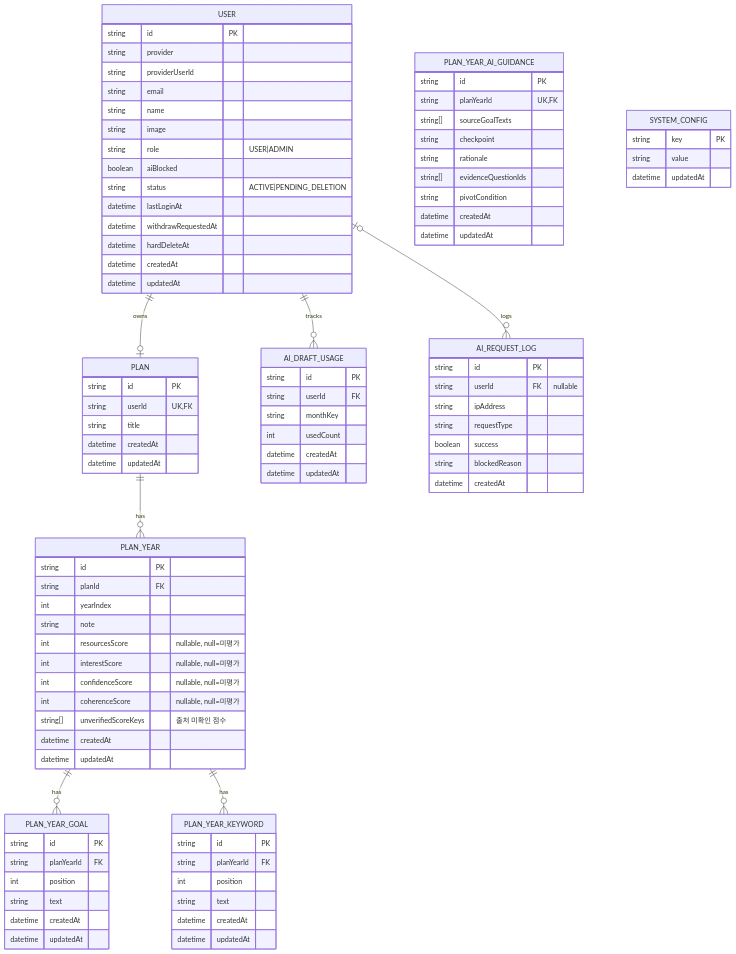
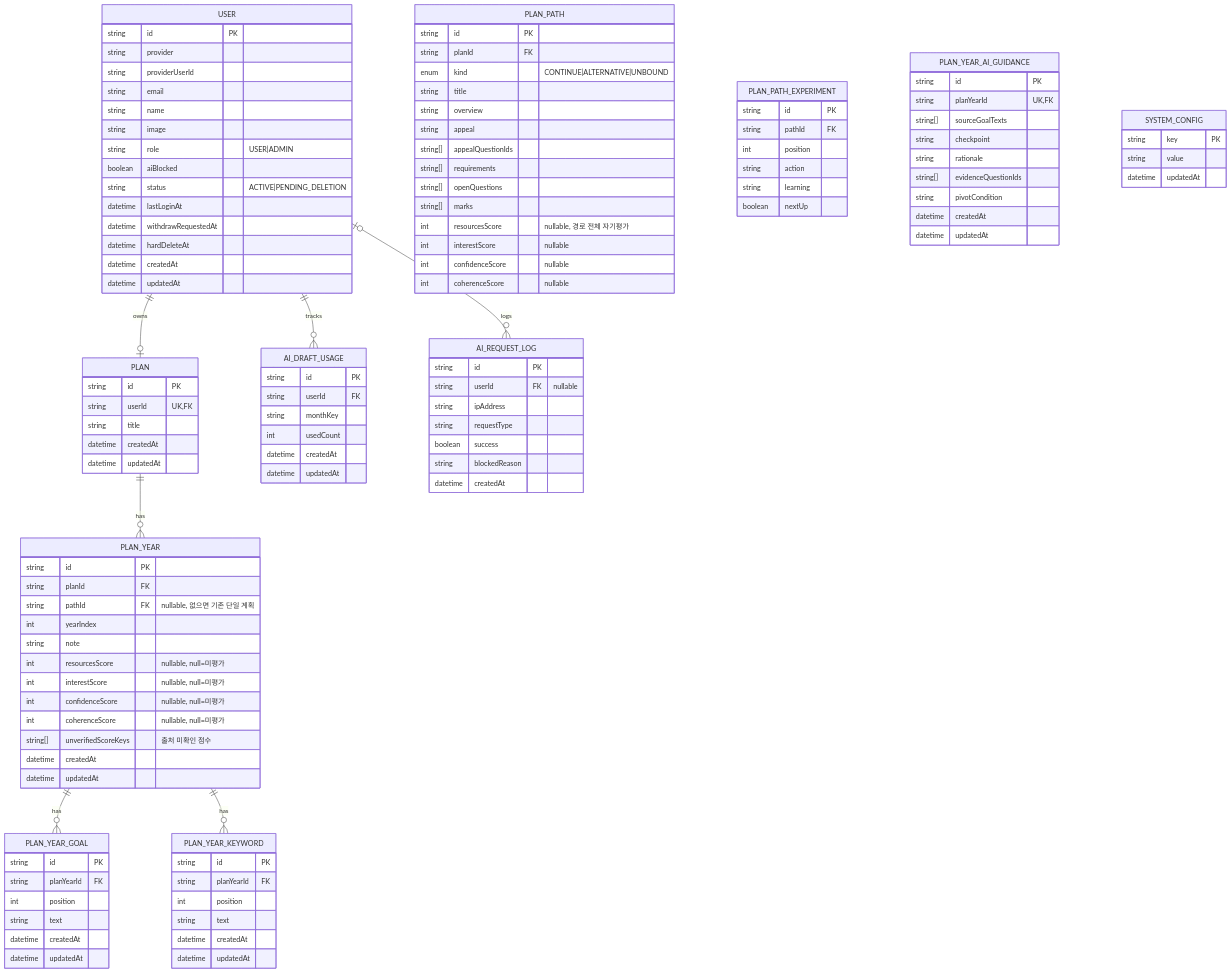
One commit to Lui-die-lui/odyssey-plan-studio changed the diagram in ERD.md. Above: the diagram before and after it, drawn with Mermaid. The commit also changed 103 other files, not shown here.

```diff
--- a/ERD.md
+++ b/ERD.md
@@ -32,6 +32,7 @@
     PLAN_YEAR {
         string id PK
         string planId FK
+        string pathId FK "nullable, 없으면 기존 단일 계획"
         int yearIndex
         string note
         int resourcesScore "nullable, null=미평가"
@@ -41,6 +42,32 @@
         string[] unverifiedScoreKeys "출처 미확인 점수"
         datetime createdAt
         datetime updatedAt
+    }
+
+    PLAN_PATH {
+        string id PK
+        string planId FK
+        enum kind "CONTINUE|ALTERNATIVE|UNBOUND"
+        string title
+        string overview
+        string appeal
+        string[] appealQuestionIds
+        string[] requirements
+        string[] openQuestions
+        string[] marks
+        int resourcesScore "nullable, 경로 전체 자기평가"
+        int interestScore "nullable"
+        int confidenceScore "nullable"
+        int coherenceScore "nullable"
+    }
+
+    PLAN_PATH_EXPERIMENT {
+        string id PK
+        string pathId FK
+        int position
+        string action
+        string learning
+        boolean nextUp
     }
 
     PLAN_YEAR_AI_GUIDANCE {
```
